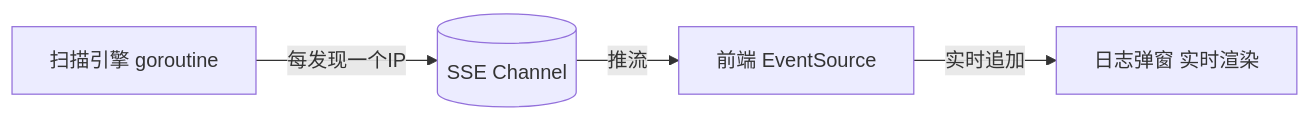
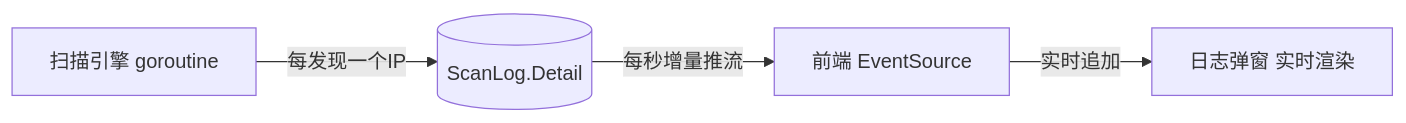
The fourth of 4 diagrams in docs/architecture.md (xumjbn/meridian), drawn with Mermaid before and after one commit. The commit also changed other lines of this file and 4 other files, not shown here.

````diff
--- a/docs/architecture.md
+++ b/docs/architecture.md
@@ -190,6 +207,6 @@
 ```mermaid
 graph LR
-    Scanner[扫描引擎 goroutine] -->|每发现一个IP| SseChan[(SSE Channel)]
-    SseChan -->|推流| Frontend[前端 EventSource]
+    Scanner[扫描引擎 goroutine] -->|每发现一个IP| SseChan[(ScanLog.Detail)]
+    SseChan -->|每秒增量推流| Frontend[前端 EventSource]
     Frontend -->|实时追加| LogModal[日志弹窗 实时渲染]
 ```
````
